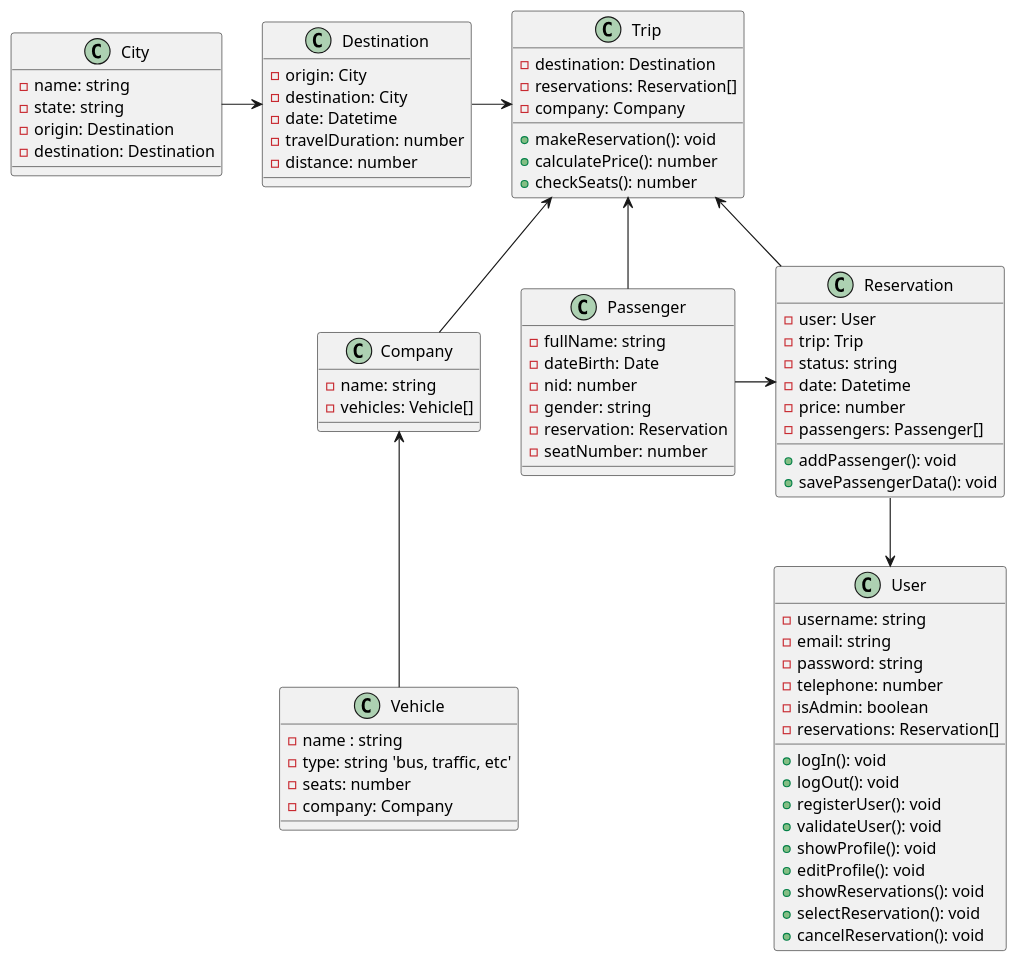
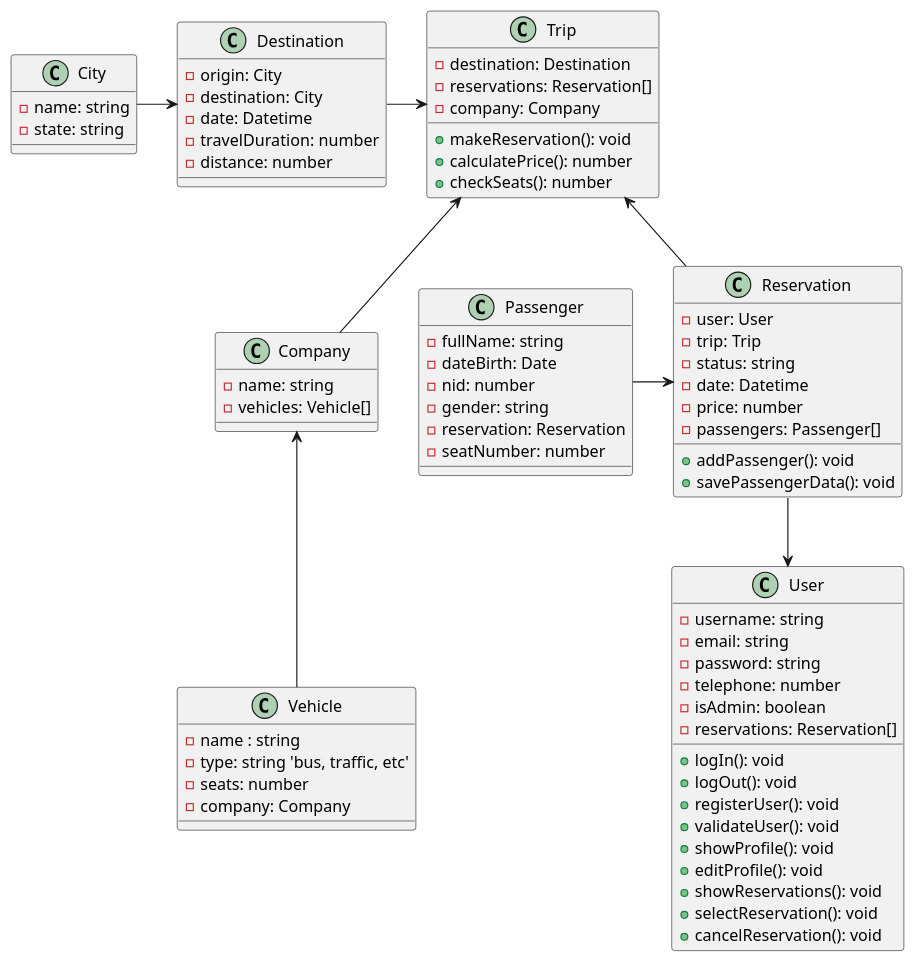
Before and after one commit to NKAmazing/PlatformUM: the diagram in Diagrams/platformUM-diagram.puml, drawn with PlantUML. The commit also changed 2 other files, not shown here.

```diff
--- a/Diagrams/platformUM-diagram.puml
+++ b/Diagrams/platformUM-diagram.puml
@@ -1,90 +1,87 @@
 @startuml PlatformUM
 
 ''' Aplication class diagram that provides travel services'''
 
 class User {
     - username: string
     - email: string
     - password: string
     - telephone: number
     - isAdmin: boolean
     - reservations: Reservation[]
     + logIn(): void
     + logOut(): void
     + registerUser(): void
     + validateUser(): void
     + showProfile(): void
     + editProfile(): void
     + showReservations(): void
     + selectReservation(): void
     + cancelReservation(): void
 }
 
 ' Add data of the vehicle
 class Vehicle {
     - name : string
     - type: string 'bus, traffic, etc'
     - seats: number
     - company: Company
 }
 
 ' *Add data of the company
 class Company {
     - name: string
     - vehicles: Vehicle[]
 }
 
 class Destination {
     - origin: City
     - destination: City
     - date: Datetime
     - travelDuration: number
     - distance: number
 }
 
 class Trip {
     - destination: Destination
     - reservations: Reservation[]
     - company: Company
     + makeReservation(): void
     + calculatePrice(): number
     + checkSeats(): number
 }
 
 class Reservation {
     - user: User
     - trip: Trip
     - status: string
     - date: Datetime
     - price: number
     - passengers: Passenger[]
     + addPassenger(): void
     + savePassengerData(): void
 }
 
 class City {
     - name: string
     - state: string
-    - origin: Destination
-    - destination: Destination
 }
 
 class Passenger {
     - fullName: string
     - dateBirth: Date
     - nid: number
     - gender: string
     - reservation: Reservation
     - seatNumber: number
 }
 
 City -r-> Destination
 Destination -r-> Trip
 Passenger --r--> Reservation
-Passenger -u-> Trip
-Reservation -d-> Trip
+Reservation -u-> Trip
 Reservation -d-> User
 Vehicle -u-> Company
 Company -u-> Trip
  
 @enduml
```
